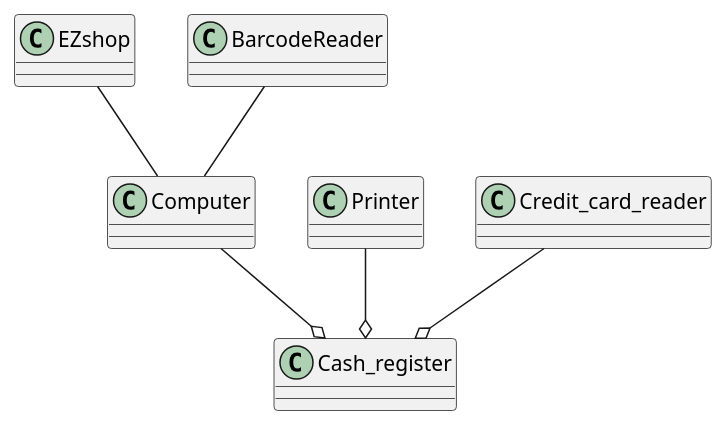
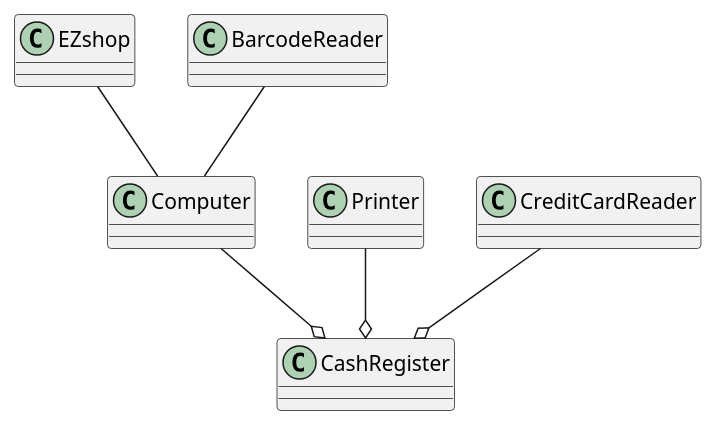
The fourth of 5 diagrams in Deliverables/RequirementsDocument.md (mspronesti/ezshop), drawn with PlantUML before and after one commit. The commit also changed other lines of this file, not shown here.

````diff
--- a/Deliverables/RequirementsDocument.md
+++ b/Deliverables/RequirementsDocument.md
@@ -490,17 +507,17 @@
 ```plantuml
 @startuml
 top to bottom direction
-class Cash_register
+class CashRegister
 class Computer
 class Printer 
-class Credit_card_reader
+class CreditCardReader
 class EZshop 
 class BarcodeReader 
 
-Computer --o Cash_register
+Computer --o CashRegister
 BarcodeReader -- Computer
 EZshop--Computer
-Printer--o Cash_register
-Credit_card_reader --o Cash_register
+Printer--o CashRegister
+CreditCardReader --o CashRegister
 @enduml
 ```
````
